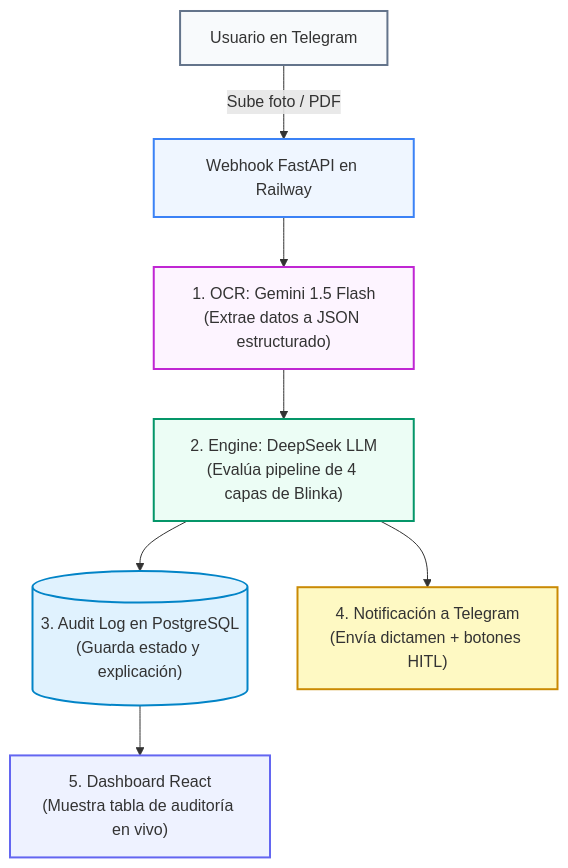
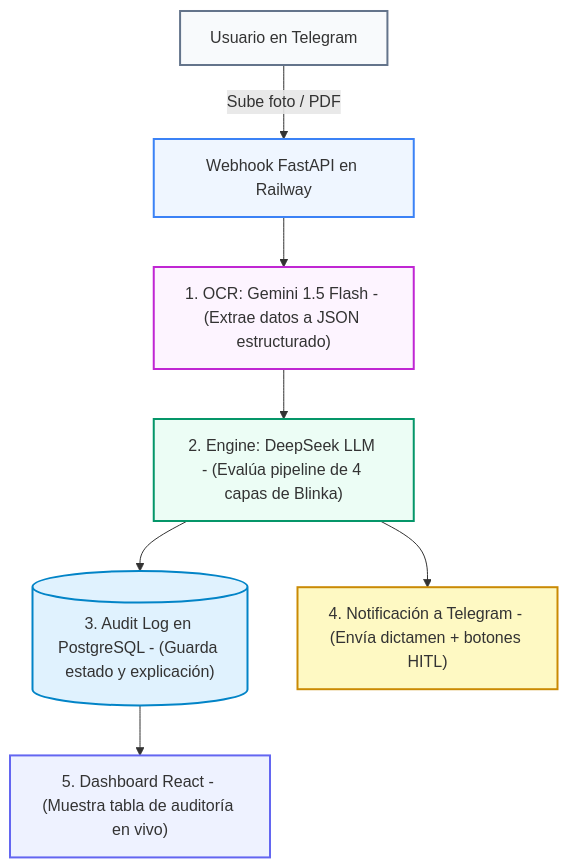
Before and after one commit to Oriojas/30X_404_team: the second of 2 diagrams in docs/arquitectura/arquitectura_solucion_v2.md, drawn with Mermaid. The commit also changed other lines of this file and 6 other files, not shown here.

First line of the commit message:
fix: corregir sintaxis de diagramas mermaid y eliminar etiquetas html visibles

````diff
--- a/docs/arquitectura/arquitectura_solucion_v2.md
+++ b/docs/arquitectura/arquitectura_solucion_v2.md
@@ -52,19 +52,19 @@
 ```mermaid
 flowchart TD
     User["Usuario en Telegram"] -->|"Sube foto / PDF"| Webhook["Webhook FastAPI en Railway"]
-    Webhook --> OCR["1. OCR: Gemini 1.5 Flash<br/>(Extrae datos a JSON estructurado)"]
-    OCR --> Engine["2. Engine: DeepSeek LLM<br/>(Evalúa pipeline de 4 capas de Blinka)"]
+    Webhook --> OCR["1. OCR: Gemini 1.5 Flash - (Extrae datos a JSON estructurado)"]
+    OCR --> Engine["2. Engine: DeepSeek LLM - (Evalúa pipeline de 4 capas de Blinka)"]
 
-    Engine --> DB[("3. Audit Log en PostgreSQL<br/>(Guarda estado y explicación)")]
-    Engine --> Notif["4. Notificación a Telegram<br/>(Envía dictamen + botones HITL)"]
+    Engine --> DB[("3. Audit Log en PostgreSQL - (Guarda estado y explicación)")]
+    Engine --> Notif["4. Notificación a Telegram - (Envía dictamen + botones HITL)"]
 
-    DB --> Dashboard["5. Dashboard React<br/>(Muestra tabla de auditoría en vivo)"]
+    DB --> Dashboard["5. Dashboard React - (Muestra tabla de auditoría en vivo)"]
 
     style User fill:#f8fafc,stroke:#64748b,stroke-width:2px
     style Webhook fill:#eff6ff,stroke:#3b82f6,stroke-width:2px
     style OCR fill:#fdf4ff,stroke:#c026d3,stroke-width:2px
     style Engine fill:#ecfdf5,stroke:#059669,stroke-width:2px
     style DB fill:#e0f2fe,stroke:#0284c7,stroke-width:2px
     style Notif fill:#fef9c3,stroke:#ca8a04,stroke-width:2px
     style Dashboard fill:#eef2ff,stroke:#6366f1,stroke-width:2px
 ```
````
